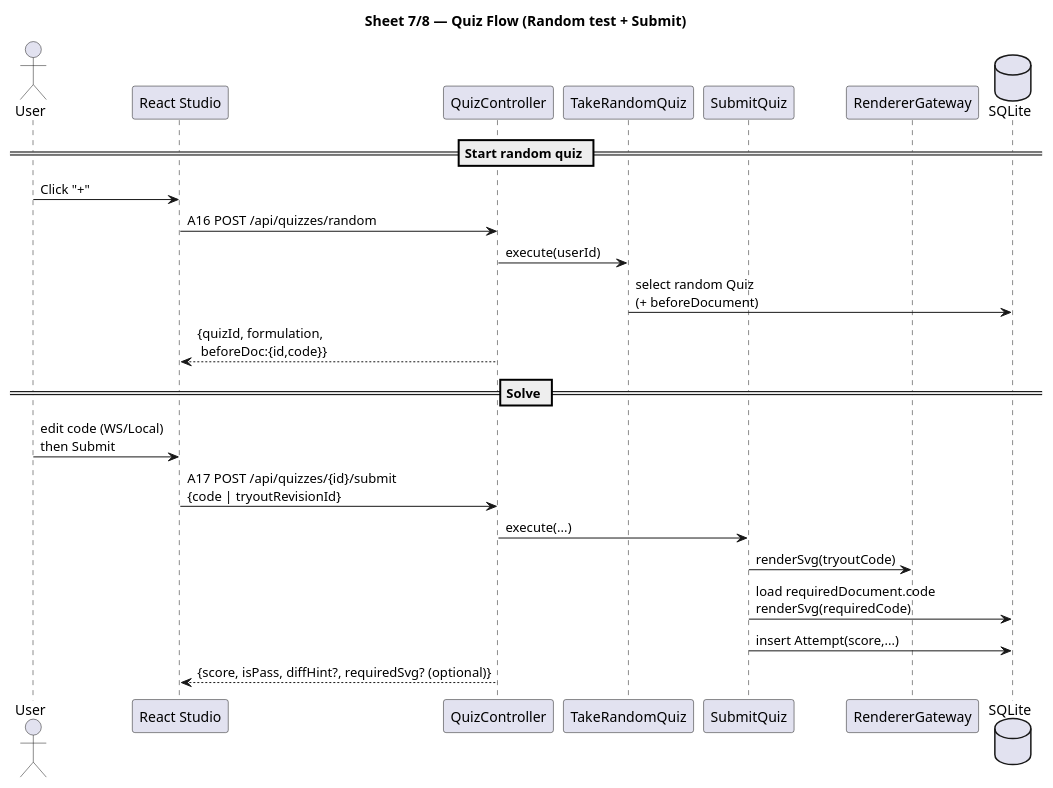
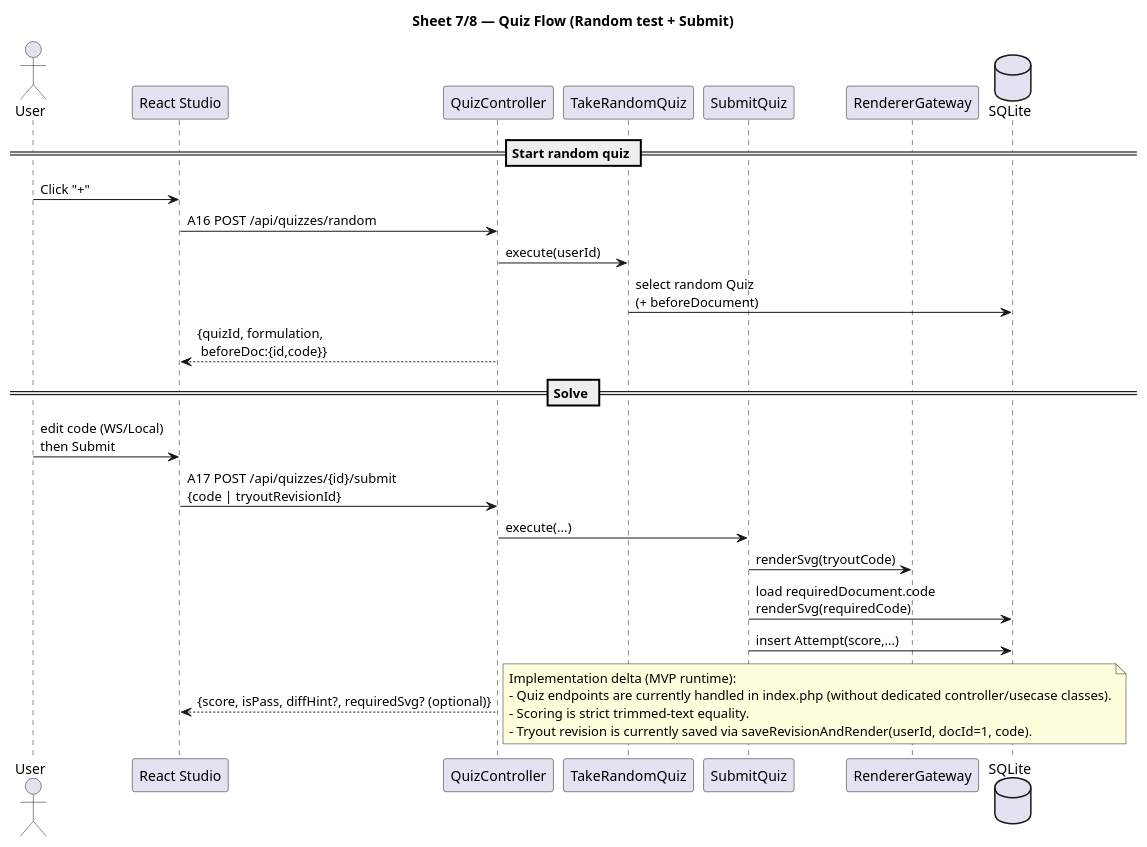
Before and after one commit to proger4/plantuml: the diagram in docs/uiquiz.puml, drawn with PlantUML. The commit also changed 10 other files, not shown here.

```diff
--- a/docs/uiquiz.puml
+++ b/docs/uiquiz.puml
@@ -1,27 +1,34 @@
 @startuml
 title Sheet 7/8 — Quiz Flow (Random test + Submit)
 
 actor "User" as U
 participant "React Studio" as UI
 participant "QuizController" as QC
 participant "TakeRandomQuiz" as UR
 participant "SubmitQuiz" as US
 participant "RendererGateway" as RG
 database "SQLite" as DB
 
 == Start random quiz ==
 U -> UI : Click "+"
 UI -> QC : A16 POST /api/quizzes/random
 QC -> UR : execute(userId)
 UR -> DB : select random Quiz\n(+ beforeDocument)
 QC --> UI : {quizId, formulation,\n beforeDoc:{id,code}}
 
 == Solve ==
 U -> UI : edit code (WS/Local)\nthen Submit
 UI -> QC : A17 POST /api/quizzes/{id}/submit\n{code | tryoutRevisionId}
 QC -> US : execute(...)
 US -> RG : renderSvg(tryoutCode)
 US -> DB : load requiredDocument.code\nrenderSvg(requiredCode)
 US -> DB : insert Attempt(score,...)
 QC --> UI : {score, isPass, diffHint?, requiredSvg? (optional)}
+
+note right
+Implementation delta (MVP runtime):
+- Quiz endpoints are currently handled in index.php (without dedicated controller/usecase classes).
+- Scoring is strict trimmed-text equality.
+- Tryout revision is currently saved via saveRevisionAndRender(userId, docId=1, code).
+end note
 @enduml
```
